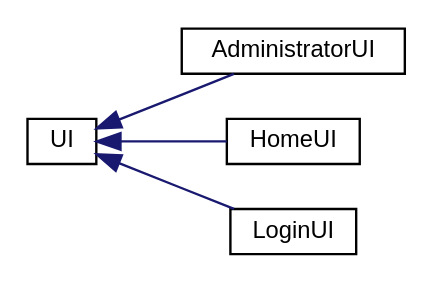
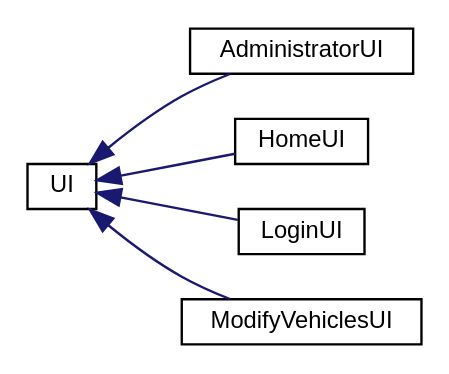
Before and after one commit to ctrlMarcio/feup-cal-proj: the diagram in inherit_graph_22.dot, drawn with Graphviz. The commit also changed 53 other files, not shown here.

```diff
--- a/inherit_graph_22.dot
+++ b/inherit_graph_22.dot
@@ -1,13 +1,15 @@
 digraph "Graphical Class Hierarchy"
 {
   edge [fontname="Helvetica",fontsize="10",labelfontname="Helvetica",labelfontsize="10"];
   node [fontname="Helvetica",fontsize="10",shape=record];
   rankdir="LR";
   Node0 [label="UI",height=0.2,width=0.4,color="black", fillcolor="white", style="filled",URL="$classUI.html"];
   Node0 -> Node1 [dir="back",color="midnightblue",fontsize="10",style="solid",fontname="Helvetica"];
   Node1 [label="AdministratorUI",height=0.2,width=0.4,color="black", fillcolor="white", style="filled",URL="$classAdministratorUI.html"];
   Node0 -> Node2 [dir="back",color="midnightblue",fontsize="10",style="solid",fontname="Helvetica"];
   Node2 [label="HomeUI",height=0.2,width=0.4,color="black", fillcolor="white", style="filled",URL="$classHomeUI.html"];
   Node0 -> Node3 [dir="back",color="midnightblue",fontsize="10",style="solid",fontname="Helvetica"];
   Node3 [label="LoginUI",height=0.2,width=0.4,color="black", fillcolor="white", style="filled",URL="$classLoginUI.html"];
+  Node0 -> Node4 [dir="back",color="midnightblue",fontsize="10",style="solid",fontname="Helvetica"];
+  Node4 [label="ModifyVehiclesUI",height=0.2,width=0.4,color="black", fillcolor="white", style="filled",URL="$classModifyVehiclesUI.html"];
 }
```
